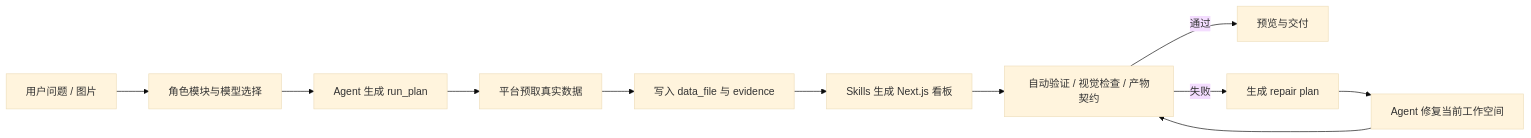
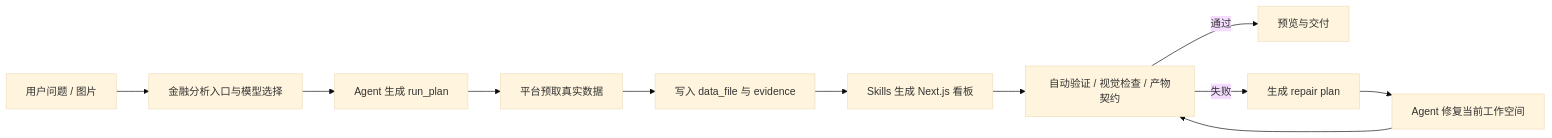
One commit to xbzz1018/SignalForge changed the diagram in docs/learning/02-ai-workspace-generation.md. Above: the diagram before and after it, drawn with Mermaid (base theme). The commit also changed other lines of this file and 8 other files, not shown here.

````diff
--- a/docs/learning/02-ai-workspace-generation.md
+++ b/docs/learning/02-ai-workspace-generation.md
@@ -28,13 +28,13 @@
 ```mermaid
 flowchart LR
-  A[用户问题 / 图片] --> B[角色模块与模型选择]
+  A[用户问题 / 图片] --> B[金融分析入口与模型选择]
   B --> C[Agent 生成 run_plan]
   C --> D[平台预取真实数据]
   D --> E[写入 data_file 与 evidence]
   E --> F[Skills 生成 Next.js 看板]
   F --> G[自动验证 / 视觉检查 / 产物契约]
   G -->|通过| H[预览与交付]
   G -->|失败| I[生成 repair plan]
   I --> J[Agent 修复当前工作空间]
   J --> G
 ```
````
